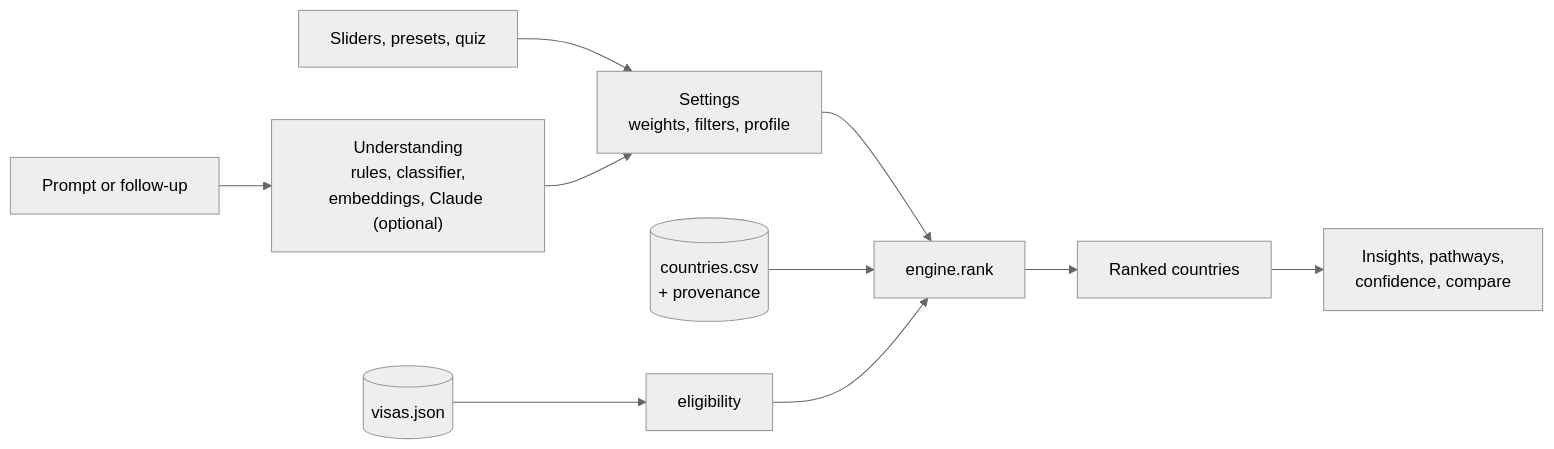
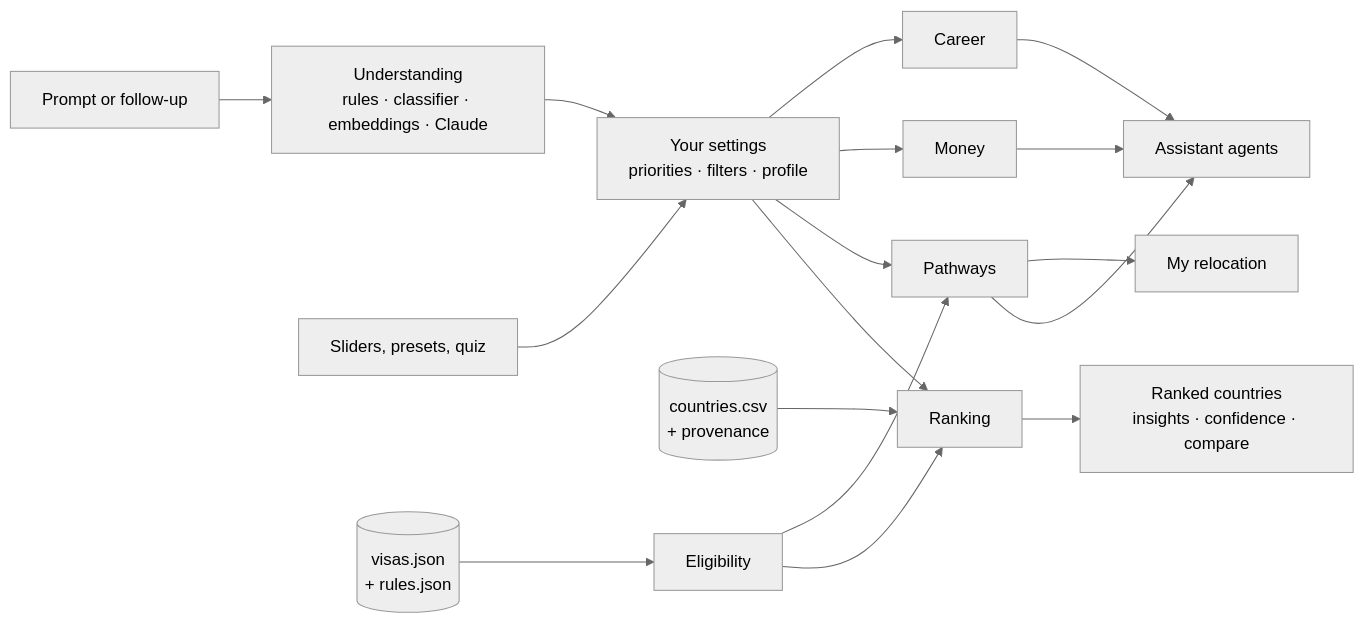
One commit to zinmeir/RelocAitor changed the diagram in README.md. Above: the diagram before and after it, drawn with Mermaid (neutral theme). The commit also changed other lines of this file, not shown here.

````diff
--- a/README.md
+++ b/README.md
@@ -151,11 +110,15 @@
 ```mermaid
 flowchart LR
-    P["Prompt or follow-up"] --> U["Understanding<br/>rules, classifier,<br/>embeddings, Claude (optional)"]
+    P["Prompt or follow-up"] --> U["Understanding<br/>rules · classifier · embeddings · Claude"]
     C["Sliders, presets, quiz"] --> S
-    U --> S["Settings<br/>weights, filters, profile"]
-    S --> E["engine.rank"]
-    D[("countries.csv<br/>+ provenance")] --> E
-    V[("visas.json")] --> L["eligibility"] --> E
-    E --> R["Ranked countries"]
-    R --> X["Insights, pathways,<br/>confidence, compare"]
+    U --> S["Your settings<br/>priorities · filters · profile"]
+    D[("countries.csv<br/>+ provenance")] --> E["Ranking"]
+    V[("visas.json<br/>+ rules.json")] --> L["Eligibility"]
+    S --> E
+    L --> E
+    E --> R["Ranked countries<br/>insights · confidence · compare"]
+    S --> PL["Pathways"] & FI["Money"] & CA["Career"]
+    L --> PL
+    PL & FI & CA --> AG["Assistant agents"]
+    PL --> WS["My relocation"]
 ```
````
